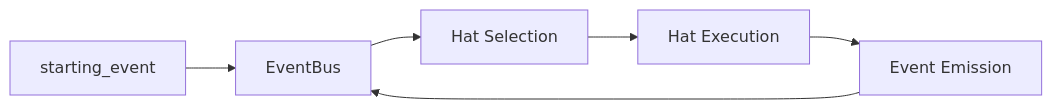
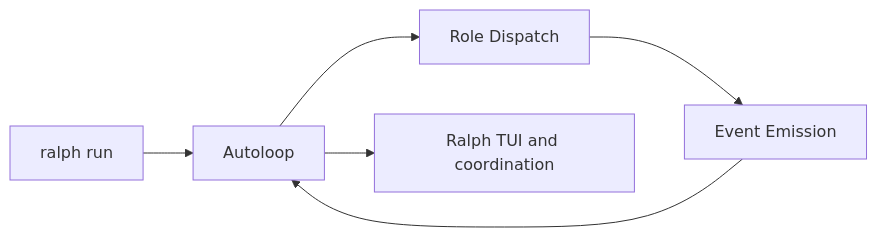
One commit to mikeyobrien/ralph-orchestrator changed the diagram in docs/advanced/index.md. Above: the diagram before and after it, drawn with Mermaid. The commit also changed other lines of this file and 25 other files, not shown here.

````diff
--- a/docs/advanced/index.md
+++ b/docs/advanced/index.md
@@ -52,8 +52,8 @@
 ```mermaid
 flowchart LR
-    A[starting_event] --> B[EventBus]
-    B --> C[Hat Selection]
-    C --> D[Hat Execution]
-    D --> E[Event Emission]
-    E --> B
+    A[ralph run] --> B[Autoloop]
+    B --> C[Role Dispatch]
+    C --> D[Event Emission]
+    D --> B
+    B --> E[Ralph TUI and coordination]
 ```
````
